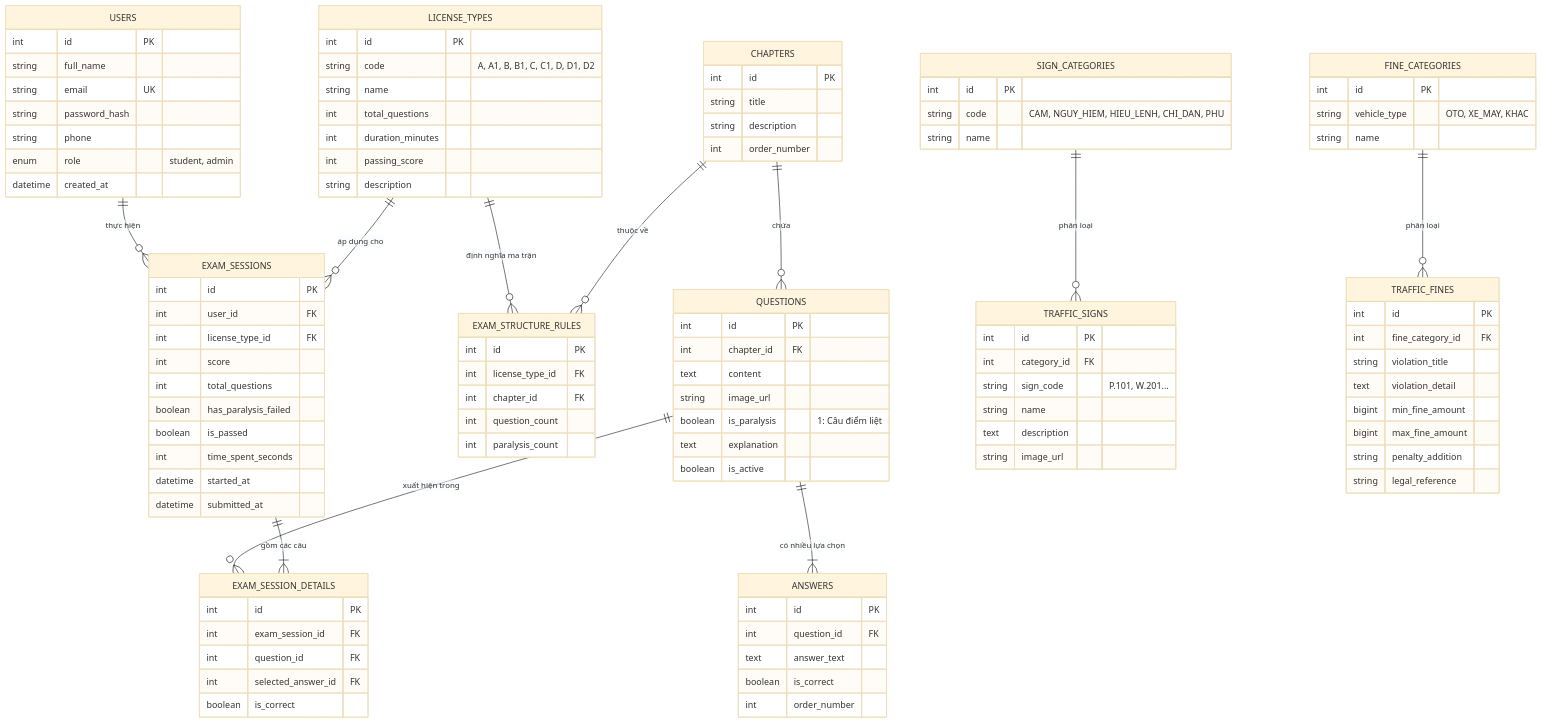
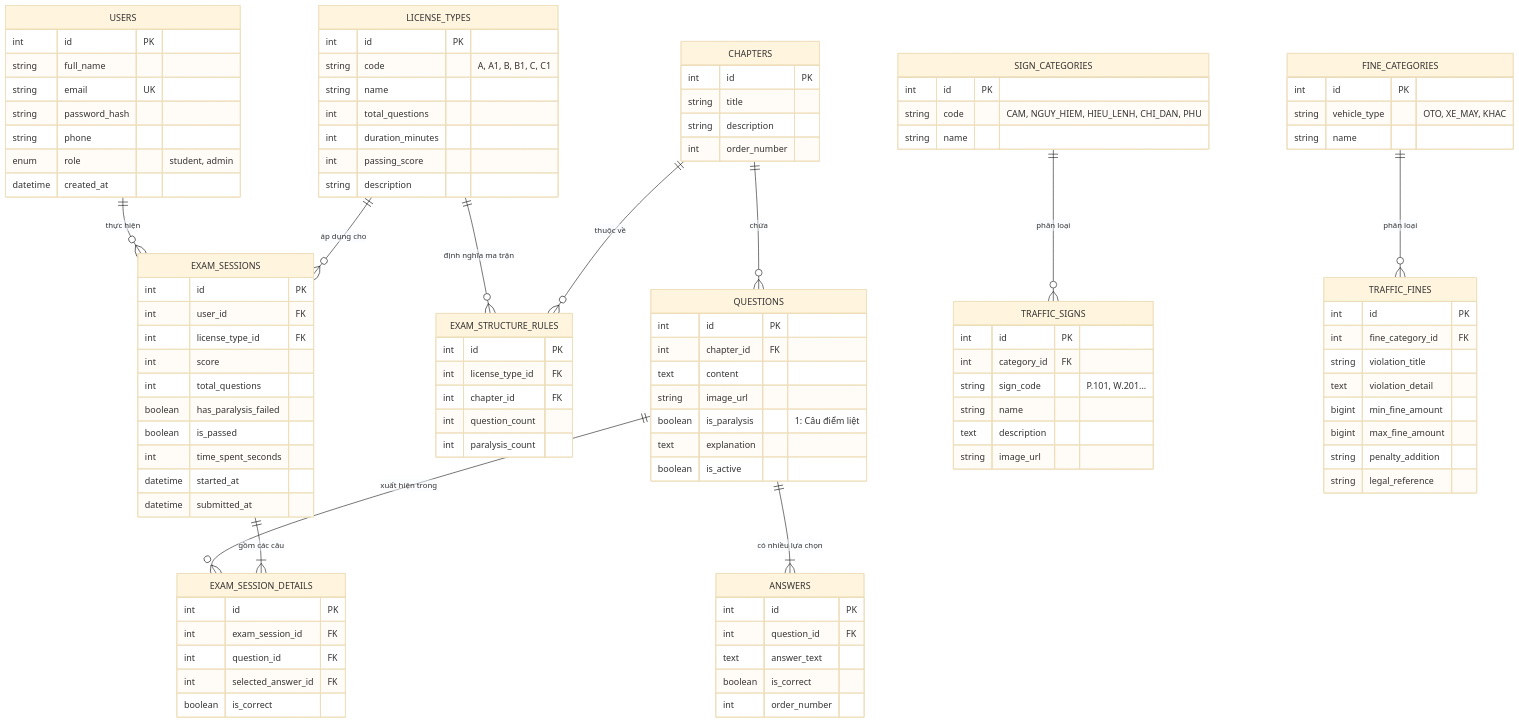
Before and after one commit to nguyentuanvu032018/WebsiteHocLuatGiaoThong: the second of 3 diagrams in Cores/KE_HOACH_XAY_DUNG_CHI_TIET.md, drawn with Mermaid (base theme). The commit also changed other lines of this file and 25 other files, not shown here.

```diff
--- a/Cores/KE_HOACH_XAY_DUNG_CHI_TIET.md
+++ b/Cores/KE_HOACH_XAY_DUNG_CHI_TIET.md
@@ -151,7 +151,7 @@
 
     LICENSE_TYPES {
         int id PK
-        string code "A, A1, B, B1, C, C1, D, D1, D2"
+        string code "A, A1, B, B1, C, C1"
         string name
         int total_questions
         int duration_minutes
```
